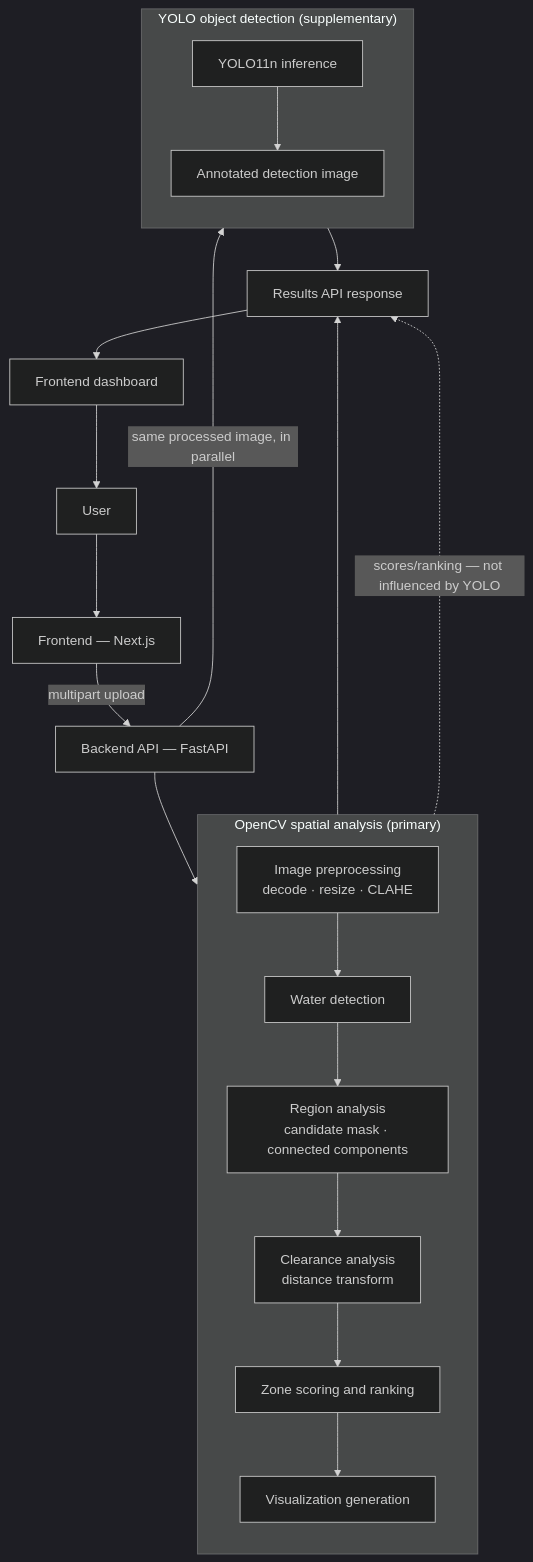
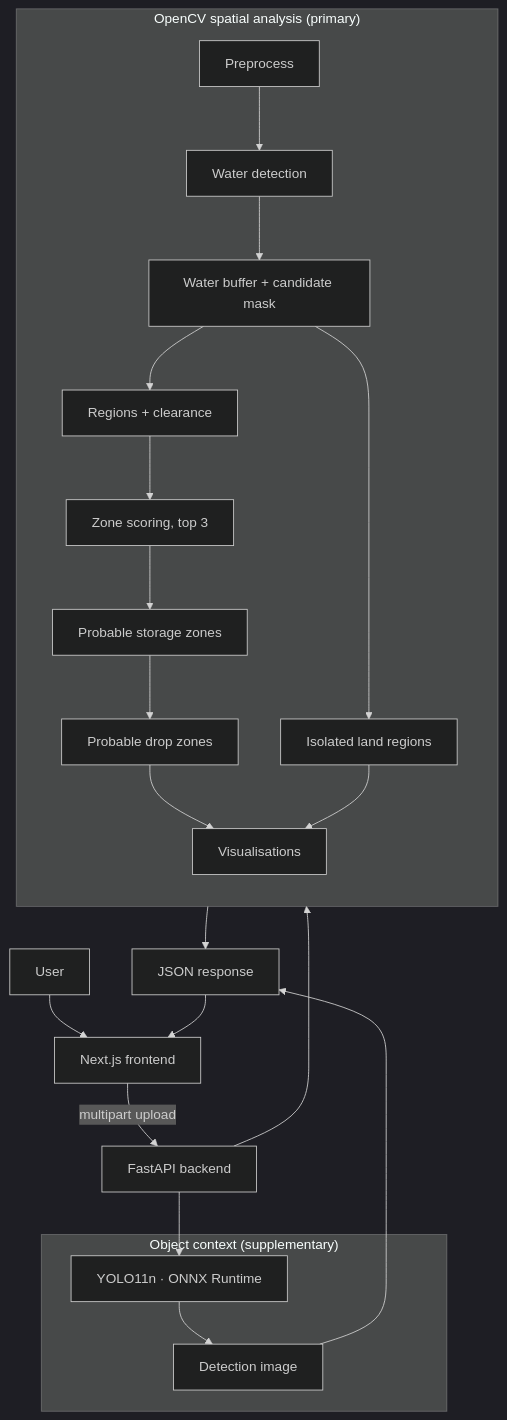
One commit to skullwakeup/AASRA changed the diagram in README.md. Above: the diagram before and after it, drawn with Mermaid (dark theme). The commit also changed other lines of this file and 58 other files, not shown here.

````diff
--- a/README.md
+++ b/README.md
@@ -120,29 +98,28 @@
 ```mermaid
 flowchart TD
-    U[User] --> FE[Frontend — Next.js]
-    FE -->|multipart upload| API[Backend API — FastAPI]
+    U[User] --> FE[Next.js frontend]
+    FE -->|multipart upload| API[FastAPI backend]
 
     subgraph CV["OpenCV spatial analysis (primary)"]
         direction TB
-        PRE[Image preprocessing<br/>decode · resize · CLAHE] --> WD[Water detection]
-        WD --> RA[Region analysis<br/>candidate mask · connected components]
-        RA --> CL[Clearance analysis<br/>distance transform]
-        CL --> ZS[Zone scoring and ranking]
-        ZS --> VIS[Visualization generation]
+        PRE[Preprocess] --> WD[Water detection]
+        WD --> CM[Water buffer + candidate mask]
+        CM --> RA[Regions + clearance]
+        RA --> ZS[Zone scoring, top 3]
+        ZS --> SZ[Probable storage zones]
+        SZ --> DZ[Probable drop zones]
+        DZ --> VIS[Visualisations]
+        CM --> ISO[Isolated land regions]
+        ISO --> VIS
     end
 
-    subgraph AI["YOLO object detection (supplementary)"]
-        direction TB
-        YOLO[YOLO11n inference] --> AIVIS[Annotated detection image]
+    subgraph AI["Object context (supplementary)"]
+        YOLO[YOLO11n · ONNX Runtime] --> AIVIS[Detection image]
     end
 
     API --> PRE
-    API -->|same processed image, in parallel| YOLO
-
-    VIS --> RES[Results API response]
+    API --> YOLO
+    VIS --> RES[JSON response]
     AIVIS --> RES
-    ZS -.->|scores/ranking — not influenced by YOLO| RES
-
-    RES --> DASH[Frontend dashboard]
-    DASH --> U
+    RES --> FE
 ```
````
